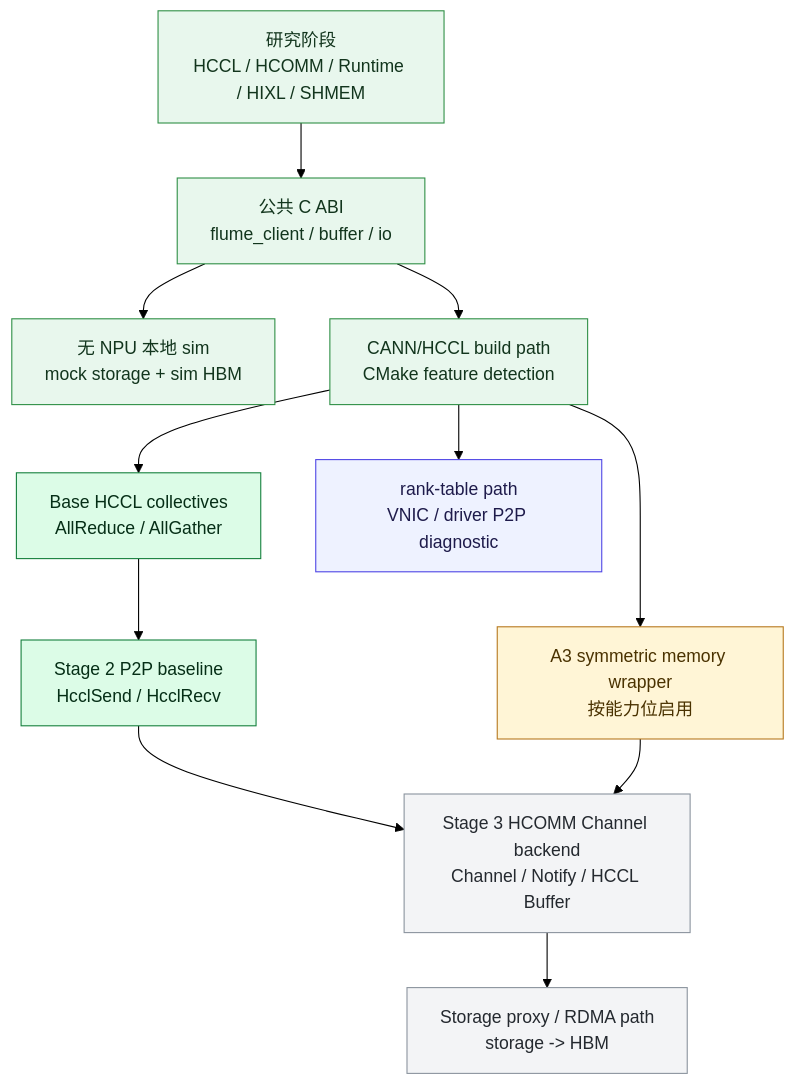
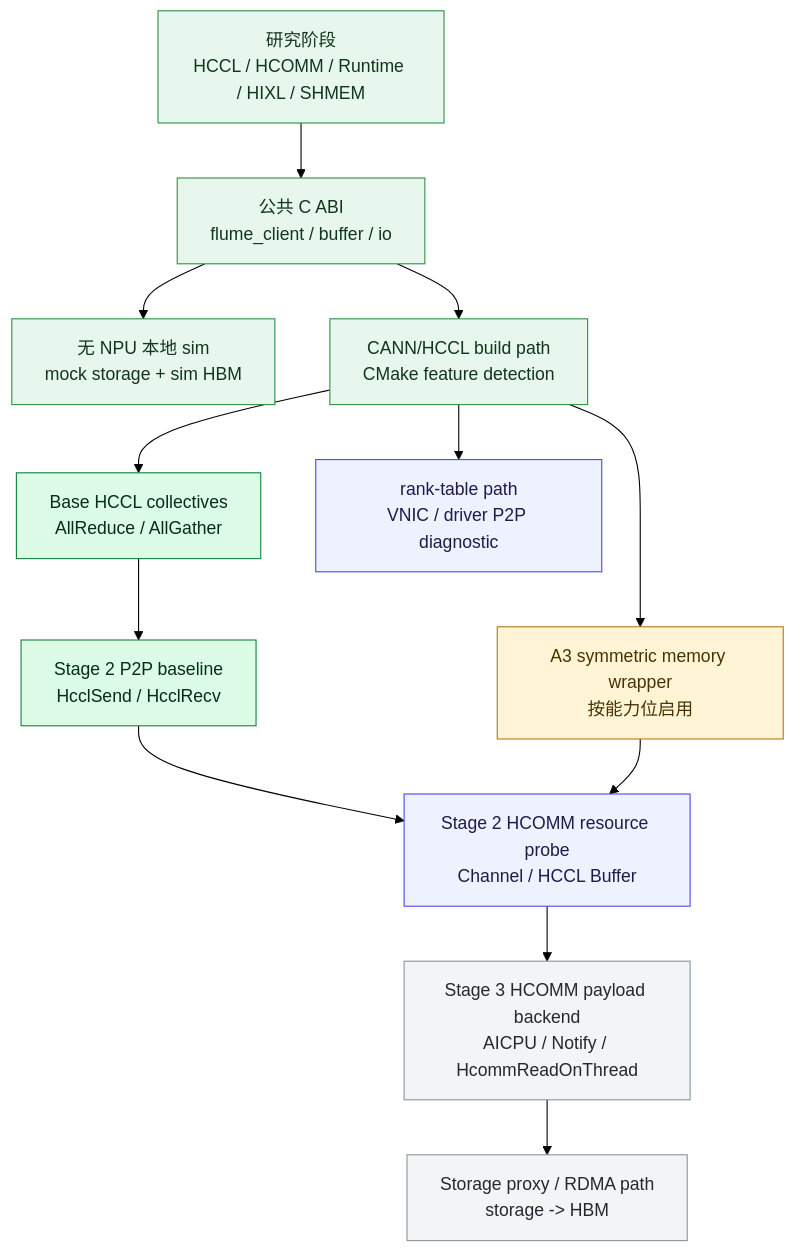
One commit to Leaf-Salix/flume-ascend-host-bypass-datapath changed the first of 12 diagrams in docs/implementation-flow-summary.md. Above: the diagram before and after it, drawn with Mermaid (forest theme). The commit also changed other lines of this file and 12 other files, not shown here.

Commit message:
Add HCOMM channel resource probe

````diff
--- a/docs/implementation-flow-summary.md
+++ b/docs/implementation-flow-summary.md
@@ -46,30 +47,32 @@
 ```mermaid
 flowchart TB
     classDef done fill:#e8f7ed,stroke:#2f8f46,color:#12351d;
     classDef verified fill:#dcfce7,stroke:#15803d,color:#052e16;
     classDef partial fill:#fff5d6,stroke:#b7791f,color:#4a3200;
     classDef future fill:#f3f4f6,stroke:#8b949e,color:#24292f;
     classDef diag fill:#eef2ff,stroke:#4f46e5,color:#1e1b4b;
 
     Research["研究阶段<br/>HCCL / HCOMM / Runtime / HIXL / SHMEM"]:::done
     ABI["公共 C ABI<br/>flume_client / buffer / io"]:::done
     Local["无 NPU 本地 sim<br/>mock storage + sim HBM"]:::done
     HcclBuild["CANN/HCCL build path<br/>CMake feature detection"]:::done
     Collectives["Base HCCL collectives<br/>AllReduce / AllGather"]:::verified
     P2P["Stage 2 P2P baseline<br/>HcclSend / HcclRecv"]:::verified
     RankTable["rank-table path<br/>VNIC / driver P2P diagnostic"]:::diag
     A3["A3 symmetric memory wrapper<br/>按能力位启用"]:::partial
-    Hcomm["Stage 3 HCOMM Channel backend<br/>Channel / Notify / HCCL Buffer"]:::future
+    HcommProbe["Stage 2 HCOMM resource probe<br/>Channel / HCCL Buffer"]:::diag
+    Hcomm["Stage 3 HCOMM payload backend<br/>AICPU / Notify / HcommReadOnThread"]:::future
     Storage["Storage proxy / RDMA path<br/>storage -> HBM"]:::future
 
     Research --> ABI
     ABI --> Local
     ABI --> HcclBuild
     HcclBuild --> Collectives
     Collectives --> P2P
     HcclBuild --> RankTable
     HcclBuild --> A3
-    P2P --> Hcomm
-    A3 --> Hcomm
+    P2P --> HcommProbe
+    A3 --> HcommProbe
+    HcommProbe --> Hcomm
     Hcomm --> Storage
 ```
````
